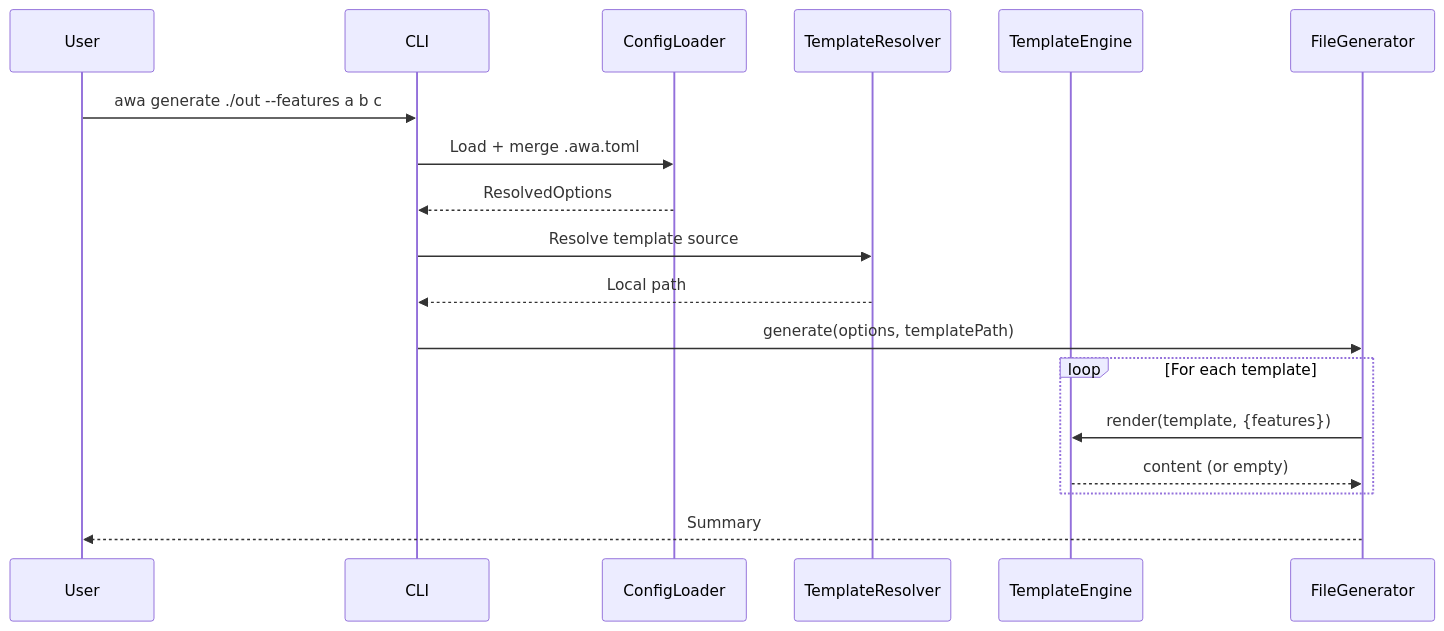
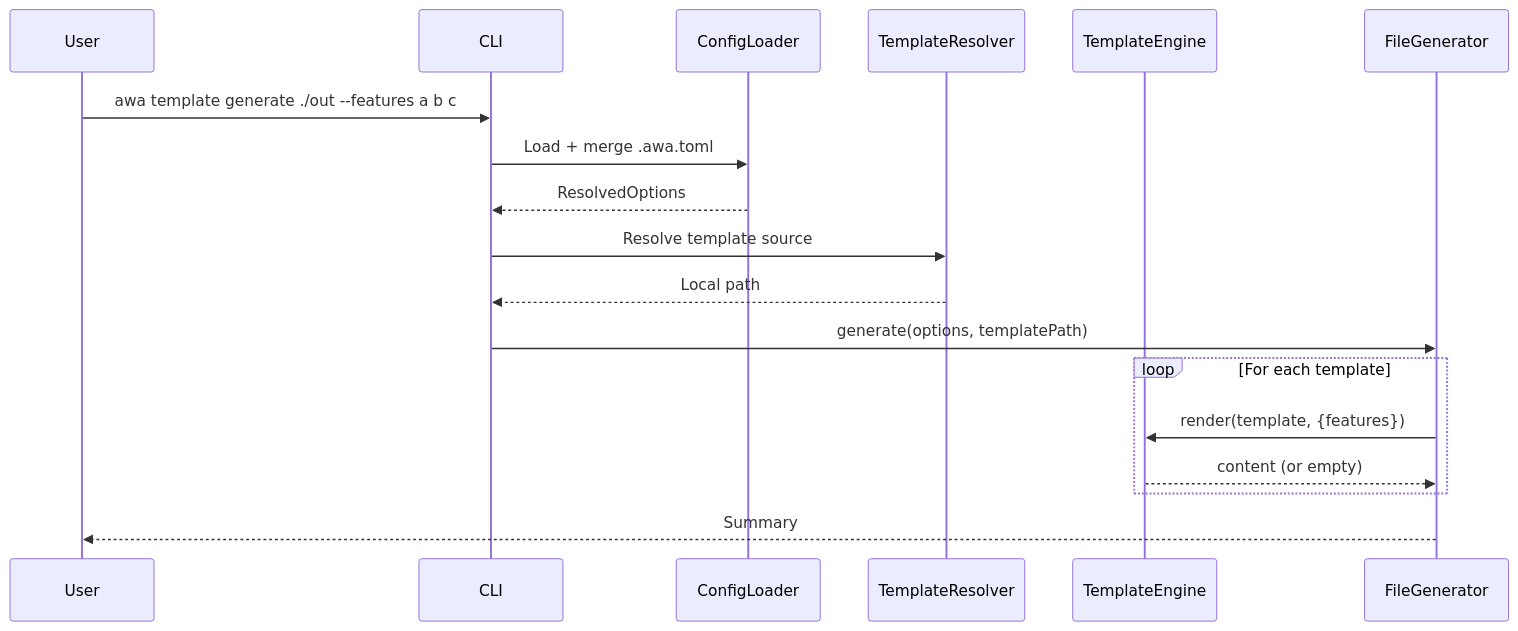
The second of 3 diagrams in .awa/specs/ARCHITECTURE.md (ncoderz/awa), drawn with Mermaid before and after one commit. The commit also changed other lines of this file and 58 other files, not shown here.

````diff
--- a/.awa/specs/ARCHITECTURE.md
+++ b/.awa/specs/ARCHITECTURE.md
@@ -456,21 +459,21 @@
 ```mermaid
 sequenceDiagram
     participant User
     participant CLI
     participant Config as ConfigLoader
     participant Resolver as TemplateResolver
     participant Engine as TemplateEngine
     participant Gen as FileGenerator
 
-    User->>CLI: awa generate ./out --features a b c
+    User->>CLI: awa template generate ./out --features a b c
     CLI->>Config: Load + merge .awa.toml
     Config-->>CLI: ResolvedOptions
     CLI->>Resolver: Resolve template source
     Resolver-->>CLI: Local path
     CLI->>Gen: generate(options, templatePath)
     loop For each template
         Gen->>Engine: render(template, {features})
         Engine-->>Gen: content (or empty)
     end
     Gen-->>User: Summary
 ```
````
